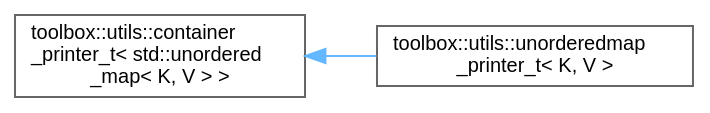
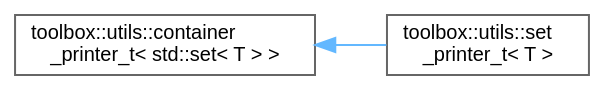
One commit to nerdneilsfield/cpp-toolbox changed the diagram in inherit_graph_66.dot. Above: the diagram before and after it, drawn with Graphviz. The commit also changed 261 other files, not shown here.

```diff
--- a/inherit_graph_66.dot
+++ b/inherit_graph_66.dot
@@ -1,11 +1,11 @@
 digraph "Graphical Class Hierarchy"
 {
  // LATEX_PDF_SIZE
   bgcolor="transparent";
   edge [fontname=Helvetica,fontsize=10,labelfontname=Helvetica,labelfontsize=10];
   node [fontname=Helvetica,fontsize=10,shape=box,height=0.2,width=0.4];
   rankdir="LR";
-  Node0 [id="Node000000",label="toolbox::utils::container\l_printer_t\< std::unordered\l_map\< K, V \> \>",height=0.2,width=0.4,color="grey40", fillcolor="white", style="filled",URL="$classtoolbox_1_1utils_1_1container__printer__t.html",tooltip=" "];
-  Node0 -> Node1 [id="edge36_Node000000_Node000001",dir="back",color="steelblue1",style="solid",tooltip=" "];
-  Node1 [id="Node000001",label="toolbox::utils::unorderedmap\l_printer_t\< K, V \>",height=0.2,width=0.4,color="grey40", fillcolor="white", style="filled",URL="$classtoolbox_1_1utils_1_1unorderedmap__printer__t.html",tooltip="Unordered Map 打印器/Unordered map printer."];
+  Node0 [id="Node000000",label="toolbox::utils::container\l_printer_t\< std::set\< T \> \>",height=0.2,width=0.4,color="grey40", fillcolor="white", style="filled",URL="$classtoolbox_1_1utils_1_1container__printer__t.html",tooltip=" "];
+  Node0 -> Node1 [id="edge35_Node000000_Node000001",dir="back",color="steelblue1",style="solid",tooltip=" "];
+  Node1 [id="Node000001",label="toolbox::utils::set\l_printer_t\< T \>",height=0.2,width=0.4,color="grey40", fillcolor="white", style="filled",URL="$classtoolbox_1_1utils_1_1set__printer__t.html",tooltip="Set 打印器/Set printer."];
 }
```
